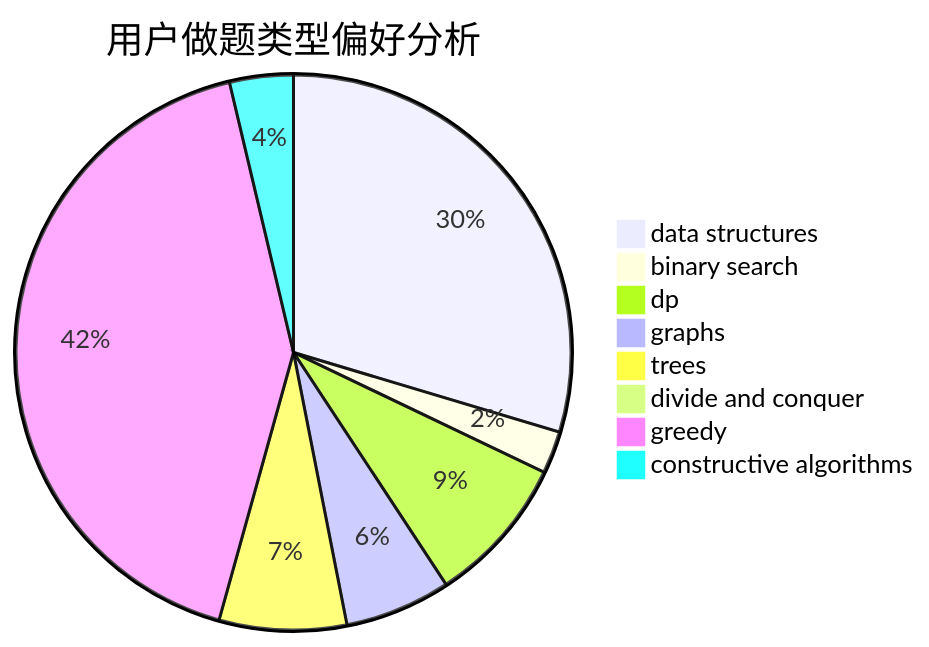
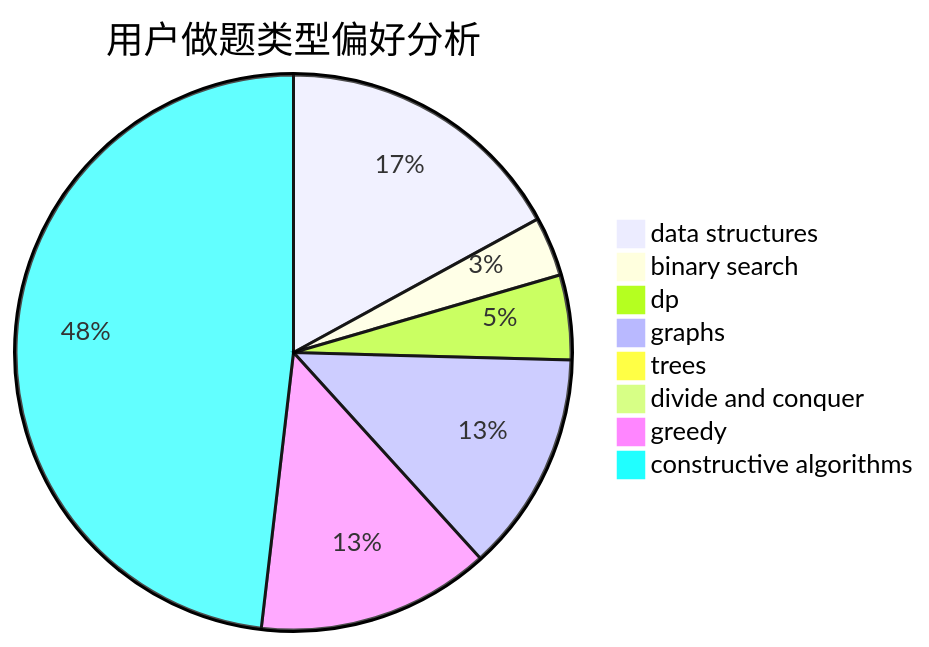
One commit to sherpahu/cfrs.github.io changed the second of 3 diagrams in docs/user/u1490.md. Above: the diagram before and after it, drawn with Mermaid. The commit also changed other lines of this file and 2770 other files, not shown here.

````diff
--- a/docs/user/u1490.md
+++ b/docs/user/u1490.md
@@ -23,11 +23,11 @@
 ```mermaid
 pie title 用户做题类型偏好分析
-    "data structures" :  24
-    "binary search" :  2
-    "dp" :  7
-    "graphs" :  5
-    "trees" :  6
+    "data structures" :  69
+    "binary search" :  14
+    "dp" :  20
+    "graphs" :  52
+    "trees" :  4
     "divide and conquer" :  0
-    "greedy" :  34
-    "constructive algorithms" :  3
+    "greedy" :  55
+    "constructive algorithms" :  195
 ```
````
